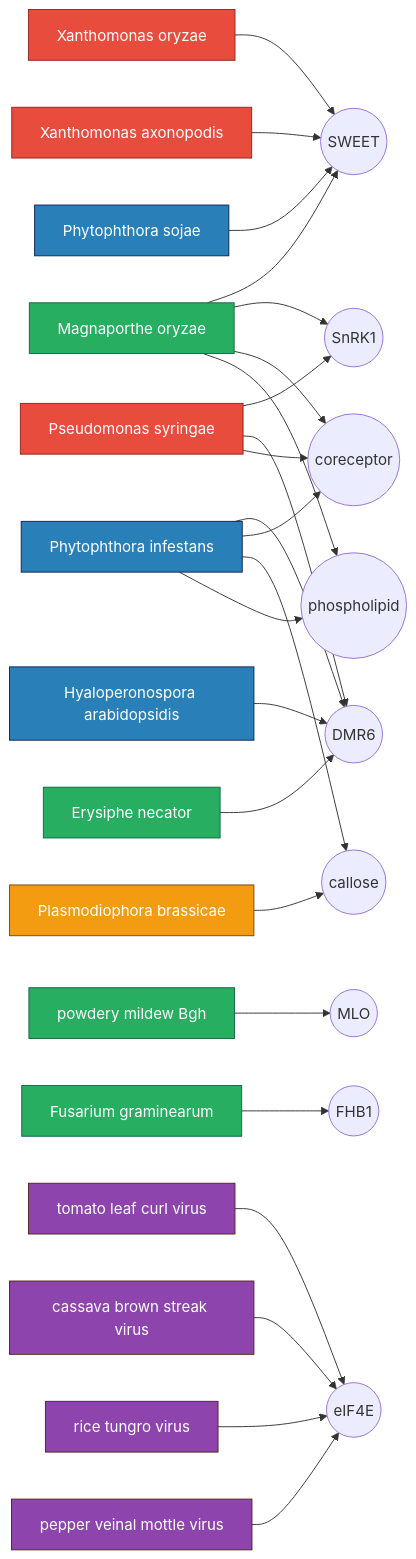
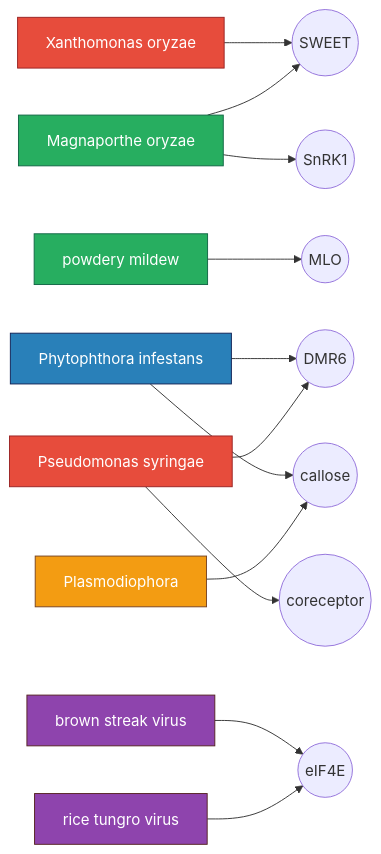
The diagram in README.md (ABengani17/funcgenomic), drawn with Mermaid before and after one commit. The commit also changed other lines of this file and 5 other files, not shown here.

Commit message:
Trim README and docs: drop fluff, keep substance and one main diagram

````diff
--- a/README.md
+++ b/README.md
@@ -47,58 +19,20 @@
 ```mermaid
 flowchart LR
-  Xoo[Xanthomonas oryzae]:::bact
-  Xao[Xanthomonas axonopodis]:::bact
-  Pst[Pseudomonas syringae]:::bact
-  Mo[Magnaporthe oryzae]:::fung
-  Bgh[powdery mildew Bgh]:::fung
-  En[Erysiphe necator]:::fung
-  Fg[Fusarium graminearum]:::fung
-  Pi[Phytophthora infestans]:::oom
-  Hpa[Hyaloperonospora arabidopsidis]:::oom
-  Ps[Phytophthora sojae]:::oom
-  Tlcv[tomato leaf curl virus]:::vir
-  Cbsv[cassava brown streak virus]:::vir
-  Rtv[rice tungro virus]:::vir
-  Pvmv[pepper veinal mottle virus]:::vir
-  Pb[Plasmodiophora brassicae]:::prot
-
-  SWEET((SWEET))
-  MLO((MLO))
-  eIF((eIF4E))
-  DMR((DMR6))
-  SnRK((SnRK1))
-  CALL((callose))
-  COREC((coreceptor))
-  PHOS((phospholipid))
-  FHB((FHB1))
-
-  Xoo --> SWEET
-  Xao --> SWEET
+  Xoo[Xanthomonas oryzae]:::bact --> SWEET((SWEET))
+  Mo[Magnaporthe oryzae]:::fung --> SnRK((SnRK1))
   Mo --> SWEET
-  Ps --> SWEET
-  Mo --> SnRK
-  Pst --> SnRK
-  Bgh --> MLO
-  Pi --> DMR
-  Hpa --> DMR
+  Bgh[powdery mildew]:::fung --> MLO((MLO))
+  Pi[Phytophthora infestans]:::oom --> DMR((DMR6))
+  Pi --> CALL((callose))
+  Pst[Pseudomonas syringae]:::bact --> COREC((coreceptor))
   Pst --> DMR
-  En --> DMR
-  Pst --> COREC
-  Mo --> COREC
-  Pi --> COREC
-  Tlcv --> eIF
-  Cbsv --> eIF
-  Rtv --> eIF
-  Pvmv --> eIF
-  Pb --> CALL
-  Pi --> CALL
-  Pi --> PHOS
-  Mo --> PHOS
-  Fg --> FHB
+  Cbsv[brown streak virus]:::vir --> eIF((eIF4E))
+  Rtv[rice tungro virus]:::vir --> eIF
+  Pb[Plasmodiophora]:::prot --> CALL
 
   classDef bact fill:#e74c3c,stroke:#922,color:#fff
   classDef fung fill:#27ae60,stroke:#164,color:#fff
   classDef oom  fill:#2980b9,stroke:#125,color:#fff
   classDef vir  fill:#8e44ad,stroke:#522,color:#fff
   classDef prot fill:#f39c12,stroke:#742,color:#fff
 ```
````
